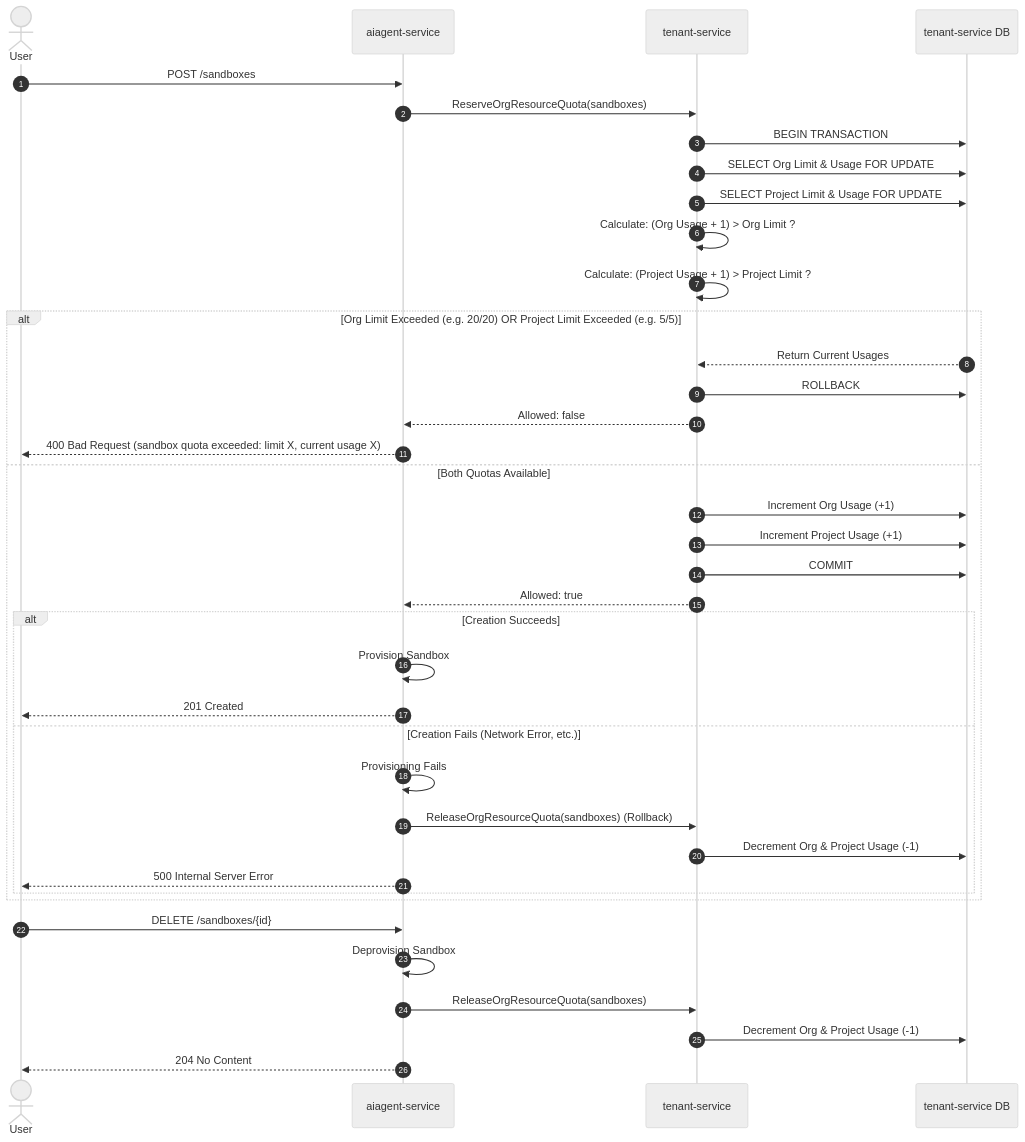
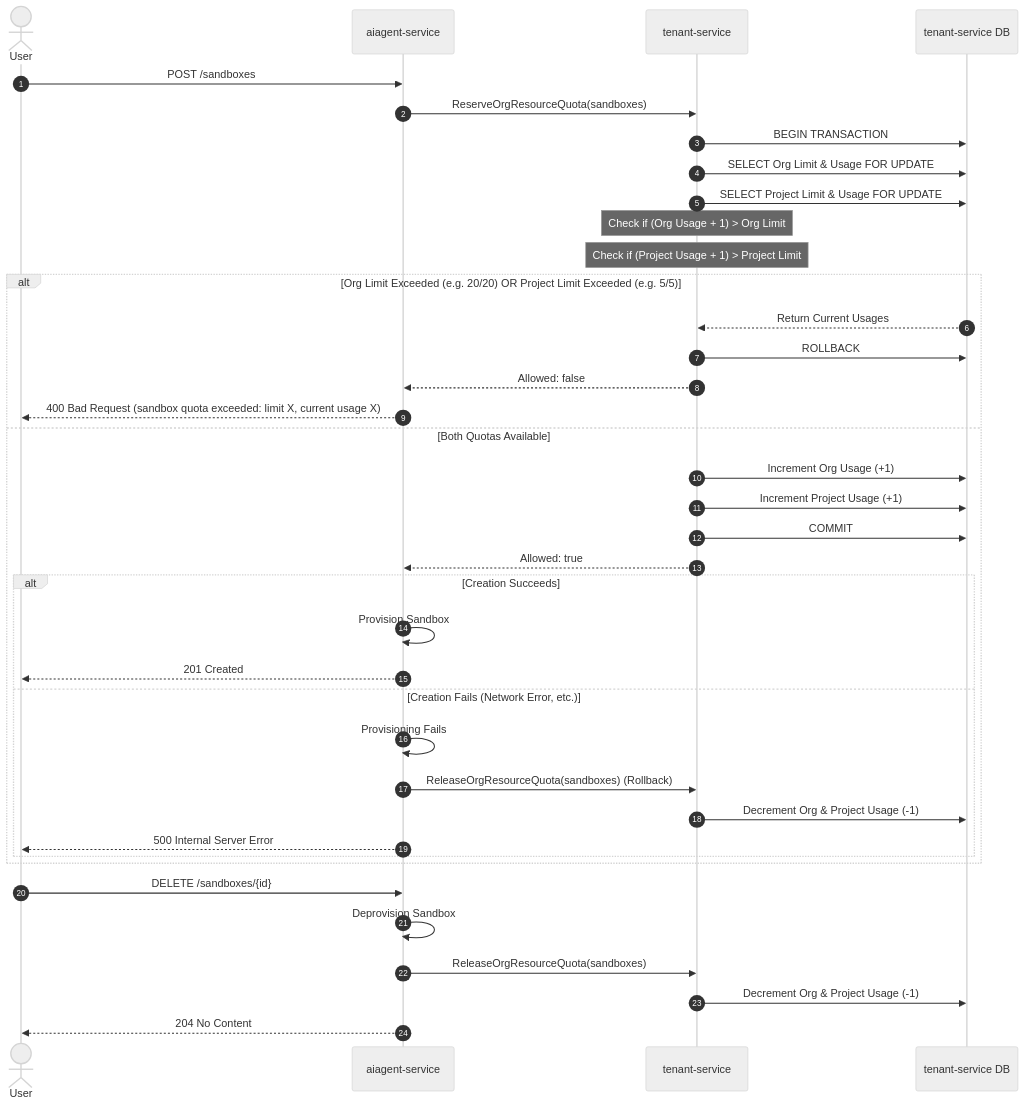
One commit to chandini1727/PowerGuard changed the diagram in README.md. Above: the diagram before and after it, drawn with Mermaid (neutral theme).

````diff
--- a/README.md
+++ b/README.md
@@ -50,49 +50,49 @@
 ```mermaid
 sequenceDiagram
     autonumber
     actor User
     participant AI as aiagent-service
     participant TS as tenant-service
     participant DB as tenant-service DB
 
     %% Create Sandbox Flow
     User->>AI: POST /sandboxes
     AI->>TS: ReserveOrgResourceQuota(sandboxes)
     
     %% Quota Engine Checking Both Limits
     TS->>DB: BEGIN TRANSACTION
     TS->>DB: SELECT Org Limit & Usage FOR UPDATE
     TS->>DB: SELECT Project Limit & Usage FOR UPDATE
     
-    TS->>TS: Calculate: (Org Usage + 1) > Org Limit ?
-    TS->>TS: Calculate: (Project Usage + 1) > Project Limit ?
+    Note over TS: Check if (Org Usage + 1) > Org Limit
+    Note over TS: Check if (Project Usage + 1) > Project Limit
     
     alt Org Limit Exceeded (e.g. 20/20) OR Project Limit Exceeded (e.g. 5/5)
         DB-->>TS: Return Current Usages
         TS->>DB: ROLLBACK
         TS-->>AI: Allowed: false
         AI-->>User: 400 Bad Request (sandbox quota exceeded: limit X, current usage X)
     else Both Quotas Available
         TS->>DB: Increment Org Usage (+1)
         TS->>DB: Increment Project Usage (+1)
         TS->>DB: COMMIT
         TS-->>AI: Allowed: true
         
         alt Creation Succeeds
             AI->>AI: Provision Sandbox
             AI-->>User: 201 Created
         else Creation Fails (Network Error, etc.)
             AI->>AI: Provisioning Fails
             AI->>TS: ReleaseOrgResourceQuota(sandboxes) (Rollback)
             TS->>DB: Decrement Org & Project Usage (-1)
             AI-->>User: 500 Internal Server Error
         end
     end
 
     %% Delete Sandbox Flow
     User->>AI: DELETE /sandboxes/{id}
     AI->>AI: Deprovision Sandbox
     AI->>TS: ReleaseOrgResourceQuota(sandboxes)
     TS->>DB: Decrement Org & Project Usage (-1)
     AI-->>User: 204 No Content
 ```
````
